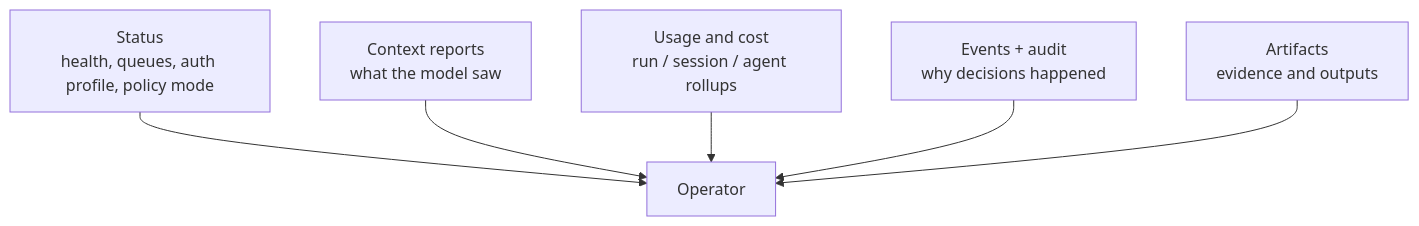
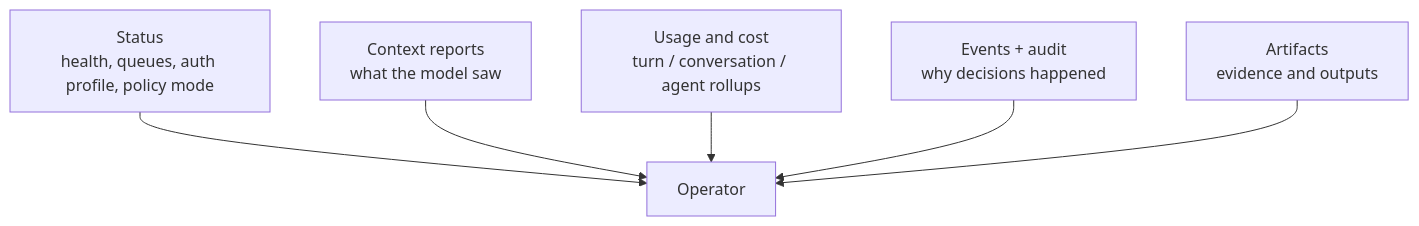
Before and after one commit to tyrumai/tyrum: the diagram in docs/architecture/gateway/observability.md, drawn with Mermaid. The commit also changed other lines of this file and 56 other files, not shown here.

Commit message:
docs: rewrite architecture around conversations and turns (#1829)

````diff
--- a/docs/architecture/gateway/observability.md
+++ b/docs/architecture/gateway/observability.md
@@ -17,8 +17,8 @@
 ```mermaid
 flowchart TB
   Status["Status<br/>health, queues, auth profile, policy mode"] --> Operator["Operator"]
   Context["Context reports<br/>what the model saw"] --> Operator
-  Usage["Usage and cost<br/>run / session / agent rollups"] --> Operator
+  Usage["Usage and cost<br/>turn / conversation / agent rollups"] --> Operator
   Events["Events + audit<br/>why decisions happened"] --> Operator
   Artifacts["Artifacts<br/>evidence and outputs"] --> Operator
 ```
````
